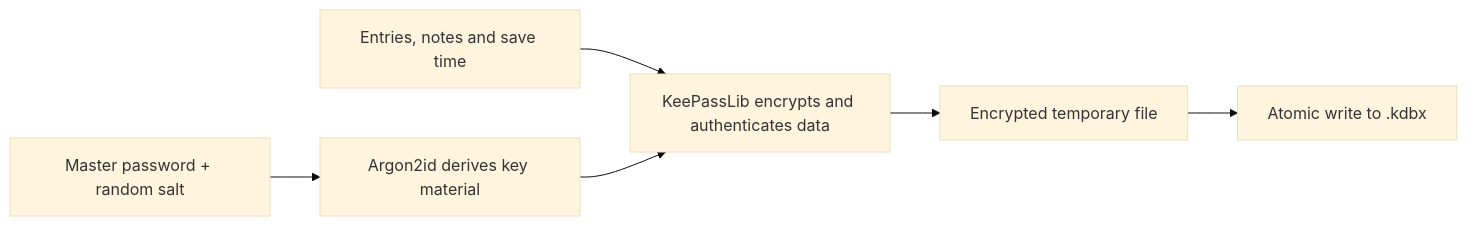
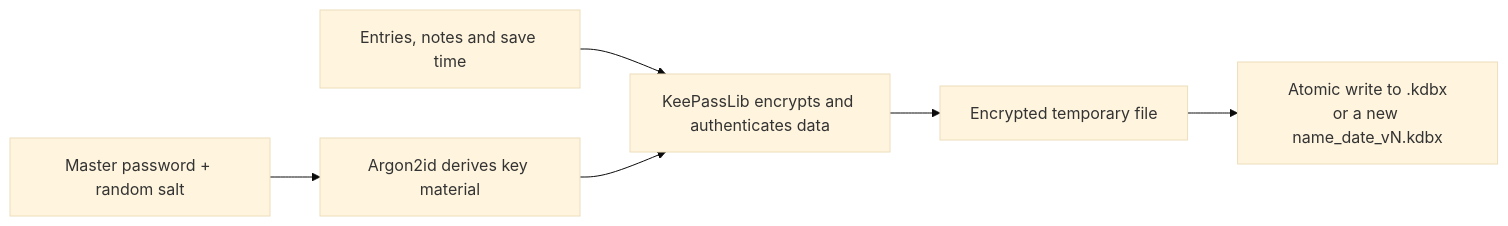
One commit to dmakhazen/easy-pass-vault changed the first of 2 diagrams in README.md. Above: the diagram before and after it, drawn with Mermaid (base theme). The commit also changed other lines of this file and 10 other files, not shown here.

````diff
--- a/README.md
+++ b/README.md
@@ -16,8 +17,8 @@
 ```mermaid
 flowchart LR
     P["Master password + random salt"] --> K["Argon2id derives key material"]
     D["Entries, notes and save time"] --> E["KeePassLib encrypts and authenticates data"]
     K --> E
     E --> T["Encrypted temporary file"]
-    T --> F["Atomic write to .kdbx"]
+    T --> F["Atomic write to .kdbx<br/>or a new name_date_vN.kdbx"]
 ```
````
